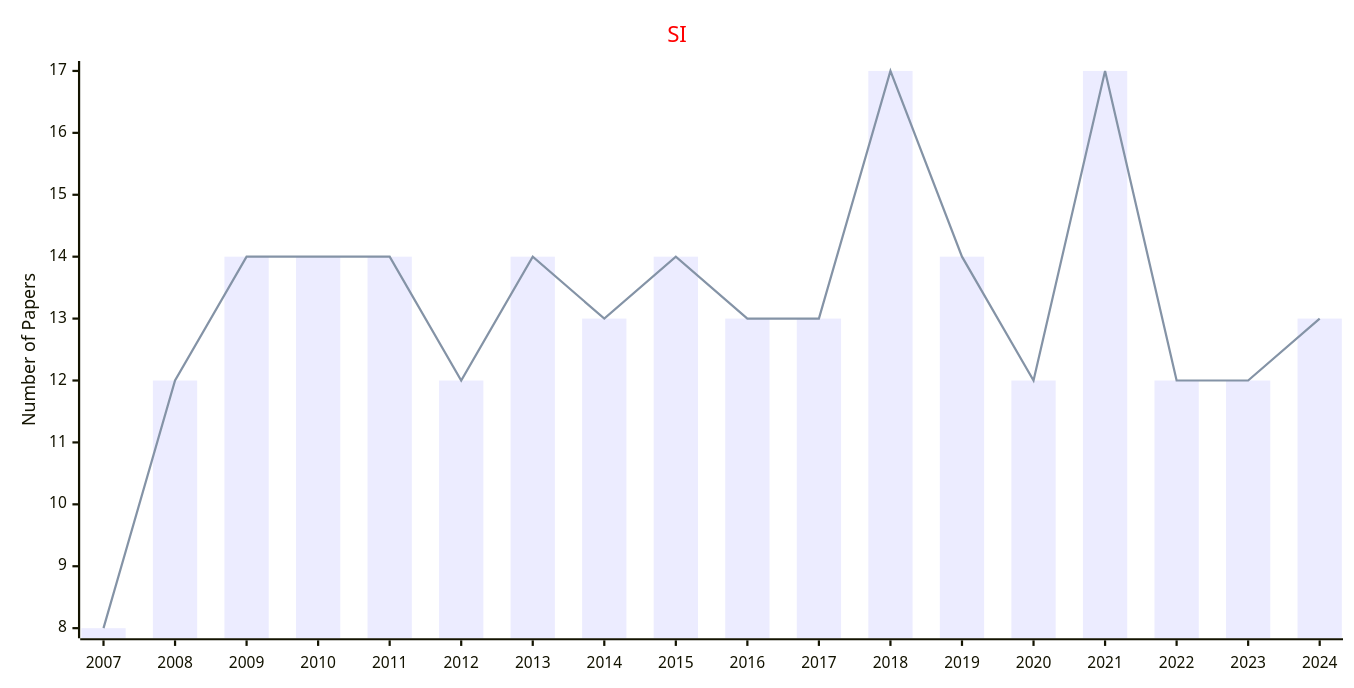
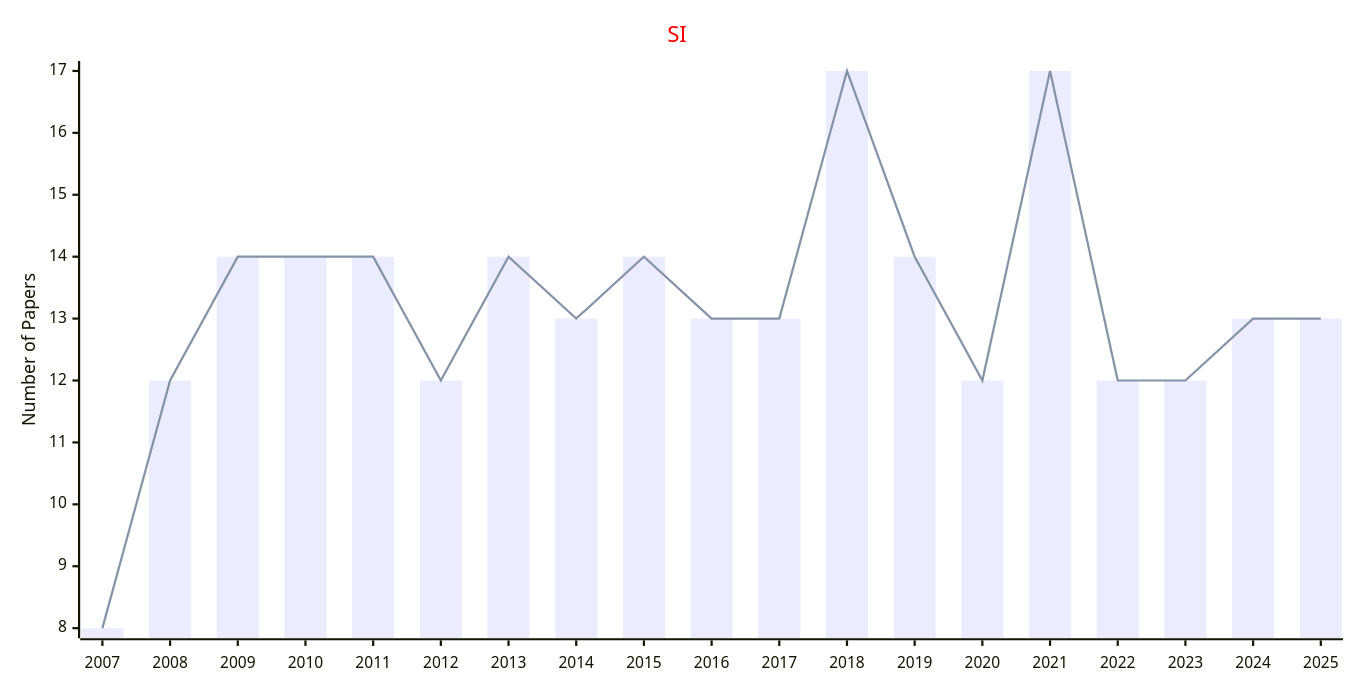
The third of 4 diagrams in docs/data/Journals/Statistics_Journals/Swarm_Intelligence.md (Easy-PhD/AILinks), drawn with Mermaid before and after one commit. The commit also changed other lines of this file and 107 other files, not shown here.

````diff
--- a/docs/data/Journals/Statistics_Journals/Swarm_Intelligence.md
+++ b/docs/data/Journals/Statistics_Journals/Swarm_Intelligence.md
@@ -57,17 +57,17 @@
 ```mermaid
 ---
 config:
     xyChart:
         width: 1200
         height: 600
     themeVariables:
         xyChart:
             titleColor: "#ff0000"
 ---
 xychart-beta
     title "SI"
-    x-axis [2007, 2008, 2009, 2010, 2011, 2012, 2013, 2014, 2015, 2016, 2017, 2018, 2019, 2020, 2021, 2022, 2023, 2024]
+    x-axis [2007, 2008, 2009, 2010, 2011, 2012, 2013, 2014, 2015, 2016, 2017, 2018, 2019, 2020, 2021, 2022, 2023, 2024, 2025]
     y-axis "Number of Papers"
-    bar [8, 12, 14, 14, 14, 12, 14, 13, 14, 13, 13, 17, 14, 12, 17, 12, 12, 13]
-    line [8, 12, 14, 14, 14, 12, 14, 13, 14, 13, 13, 17, 14, 12, 17, 12, 12, 13]
+    bar [8, 12, 14, 14, 14, 12, 14, 13, 14, 13, 13, 17, 14, 12, 17, 12, 12, 13, 13]
+    line [8, 12, 14, 14, 14, 12, 14, 13, 14, 13, 13, 17, 14, 12, 17, 12, 12, 13, 13]
 ```
````
